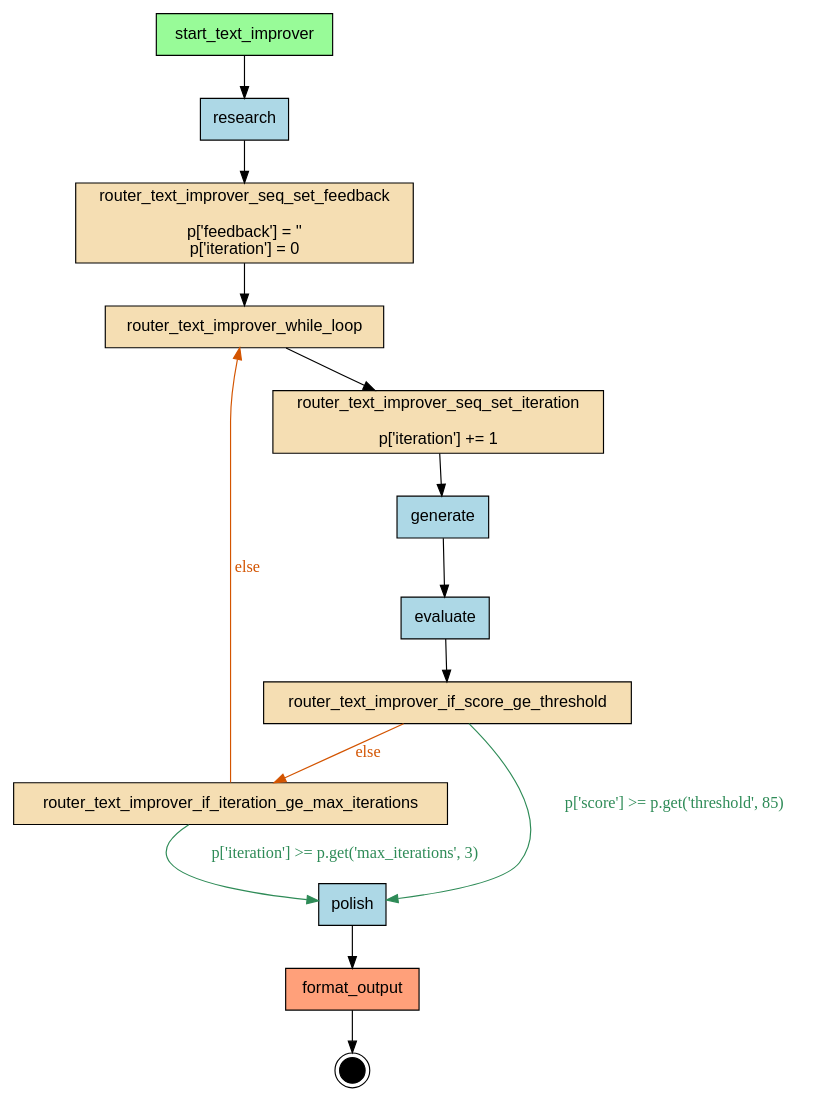
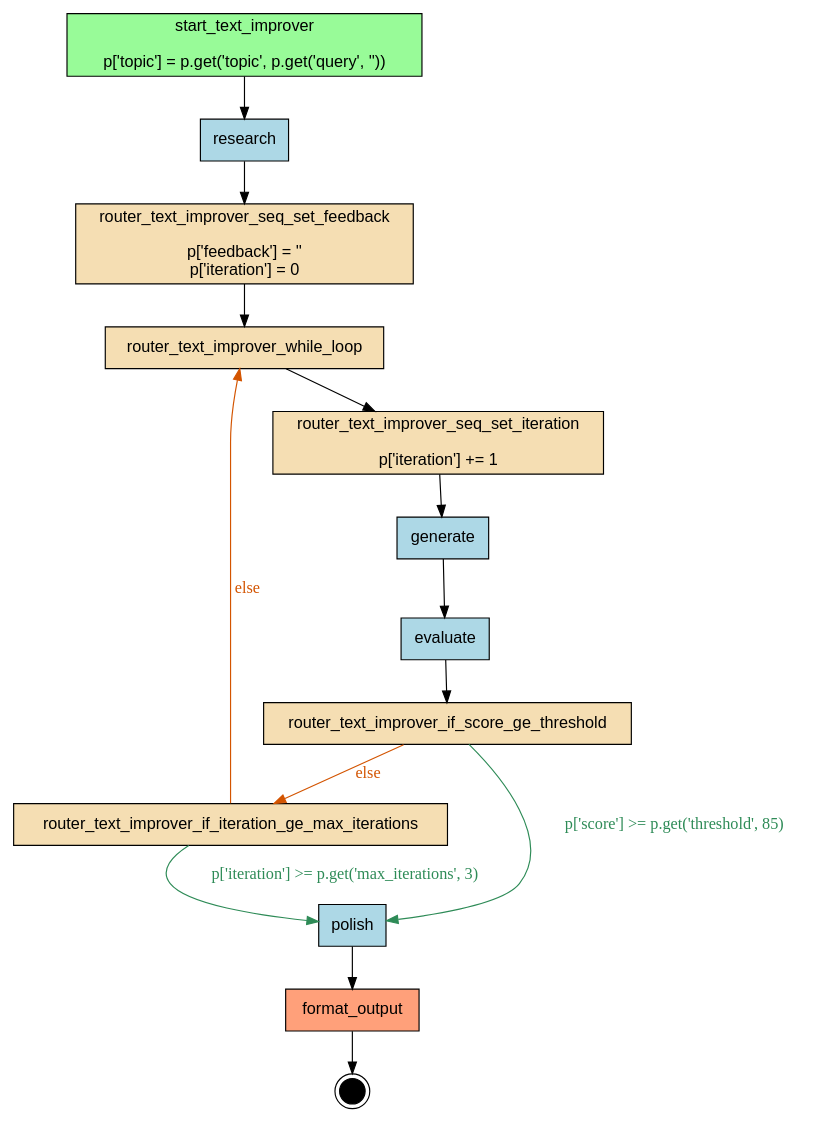
Before and after one commit to deliveryhero/asya: the diagram in examples/demo-kubecon/compiled/text-improver/artifacts/flow.dot, drawn with Graphviz. The commit also changed 9 other files, not shown here.

Commit message:
fix(demo): extract topic from query, recompile flow

```diff
--- a/examples/demo-kubecon/compiled/text-improver/artifacts/flow.dot
+++ b/examples/demo-kubecon/compiled/text-improver/artifacts/flow.dot
@@ -1,34 +1,34 @@
 digraph "text_improver" {
     rankdir=TB;
     node [shape=box, style=filled, fontname="Helvetica"];
 
     { rank=source; start_text_improver; }
 
     evaluate [label="evaluate", fillcolor=lightblue];
     format_output [label="format_output", fillcolor=lightsalmon];
     generate [label="generate", fillcolor=lightblue];
     polish [label="polish", fillcolor=lightblue];
     research [label="research", fillcolor=lightblue];
     router_text_improver_if_iteration_ge_max_iterations [label="router_text_improver_if_iteration_ge_max_iterations", fillcolor=wheat];
     router_text_improver_if_score_ge_threshold [label="router_text_improver_if_score_ge_threshold", fillcolor=wheat];
     router_text_improver_seq_set_feedback [label="router_text_improver_seq_set_feedback\n\np['feedback'] = ''\np['iteration'] = 0", fillcolor=wheat];
     router_text_improver_seq_set_iteration [label="router_text_improver_seq_set_iteration\n\np['iteration'] += 1", fillcolor=wheat];
     router_text_improver_while_loop [label="router_text_improver_while_loop", fillcolor=wheat];
-    start_text_improver [label="start_text_improver", fillcolor=palegreen];
+    start_text_improver [label="start_text_improver\n\np['topic'] = p.get('topic', p.get('query', ''))", fillcolor=palegreen];
 
     __end__ [label="", shape=doublecircle, fillcolor=black, width=0.3, fixedsize=true];
 
     start_text_improver -> research;
     research -> router_text_improver_seq_set_feedback;
     router_text_improver_if_iteration_ge_max_iterations -> polish [label="p['iteration'] >= p.get('max_iterations', 3)", color="#2E8B57", fontcolor="#2E8B57"];
     polish -> format_output;
     router_text_improver_if_score_ge_threshold -> router_text_improver_if_iteration_ge_max_iterations [label="else", color="#D35400", fontcolor="#D35400"];
     router_text_improver_if_score_ge_threshold -> polish [label="p['score'] >= p.get('threshold', 85)", color="#2E8B57", fontcolor="#2E8B57"];
     router_text_improver_seq_set_iteration -> generate;
     generate -> evaluate;
     evaluate -> router_text_improver_if_score_ge_threshold;
     router_text_improver_while_loop -> router_text_improver_seq_set_iteration;
     router_text_improver_seq_set_feedback -> router_text_improver_while_loop;
     router_text_improver_if_iteration_ge_max_iterations -> router_text_improver_while_loop [label="else", color="#D35400", fontcolor="#D35400"];
     format_output -> __end__;
 }
```
